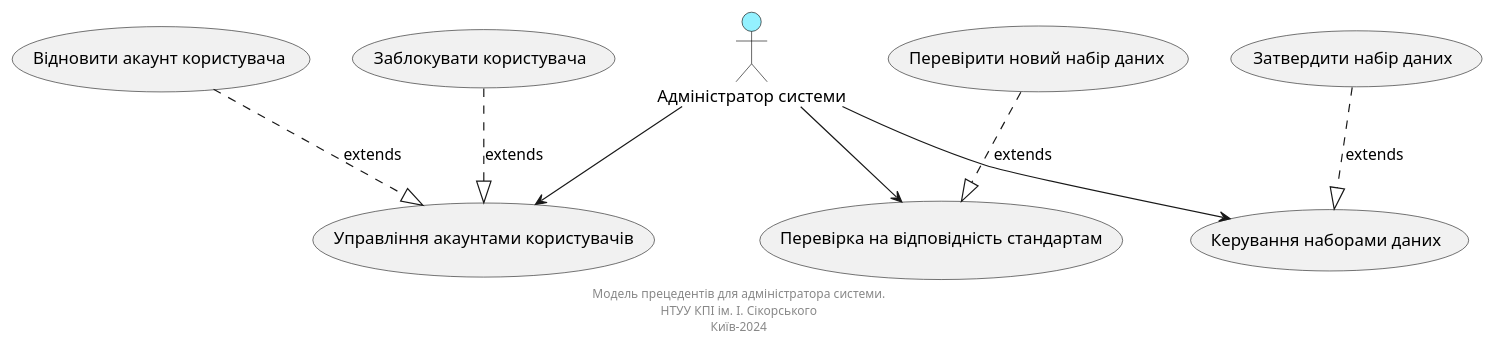
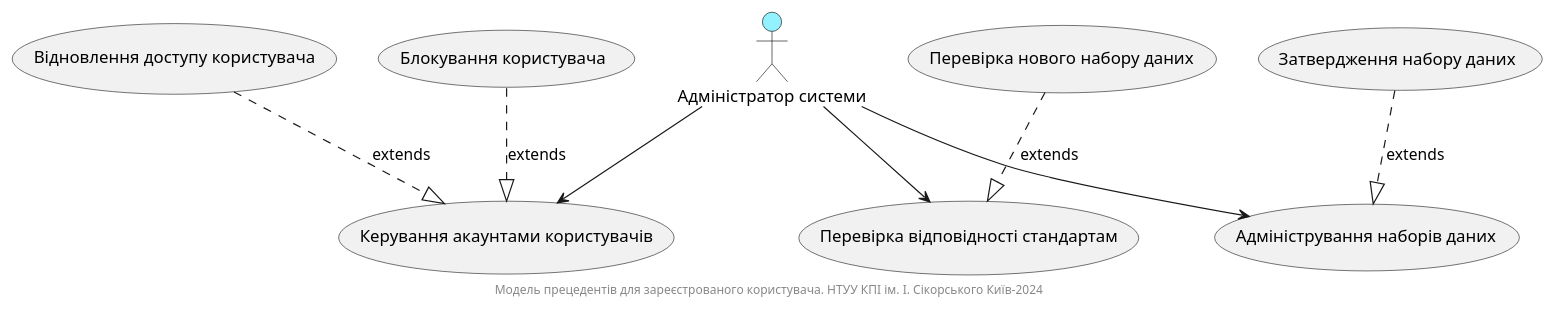
The fourth of 13 diagrams in docs/use cases/README.md (tyntyntynnnn/edu_db_labs), drawn with PlantUML before and after one commit. The commit also changed other lines of this file, not shown here.

Commit message:
diagrams

```diff
--- a/docs/use cases/README.md
+++ b/docs/use cases/README.md
@@ -184,35 +180,37 @@
 @startuml
 
+' Налаштування стилів акторів
 skinparam actor {
     BackgroundColor #94f1ff
     BorderColor black
     FontColor black
 }
 
-actor "Адміністратор системи" as SystemAdmin
+actor "Адміністратор системи" as Admin
 
-usecase "Управління акаунтами користувачів" as UC_4.1
-usecase "Перевірка на відповідність стандартам" as UC_4.2
-usecase "Керування наборами даних" as UC_4.3
+usecase "Керування акаунтами користувачів" as UC_4.1
+usecase "Перевірка відповідності стандартам" as UC_4.2
+usecase "Адміністрування наборів даних" as UC_4.3
 
-usecase "Заблокувати користувача" as UC_4.1.1
-usecase "Відновити акаунт користувача" as UC_4.1.2
-usecase "Перевірити новий набір даних" as UC_4.2.1
-usecase "Затвердити набір даних" as UC_4.3.1
+' Дочірні прецеденти
+usecase "Блокування користувача" as UC_4.1.1
+usecase "Відновлення доступу користувача" as UC_4.1.2
+usecase "Перевірка нового набору даних" as UC_4.2.1
+usecase "Затвердження набору даних" as UC_4.3.1
 
-SystemAdmin --> UC_4.1
-SystemAdmin --> UC_4.2
-SystemAdmin --> UC_4.3
+' Основні взаємодії
+Admin --> UC_4.1
+Admin --> UC_4.2
+Admin --> UC_4.3
 
+' Розширення (extends) для дочірніх прецедентів
 UC_4.1.1 ..|> UC_4.1 : extends
 UC_4.1.2 ..|> UC_4.1 : extends
 UC_4.2.1 ..|> UC_4.2 : extends
 UC_4.3.1 ..|> UC_4.3 : extends
 
 footer
-    Модель прецедентів для адміністратора системи.
-    НТУУ КПІ ім. І. Сікорського
-    Київ-2024
+    Модель прецедентів для зареєстрованого користувача. НТУУ КПІ ім. І. Сікорського Київ-2024
 endfooter
 
 @enduml
```
